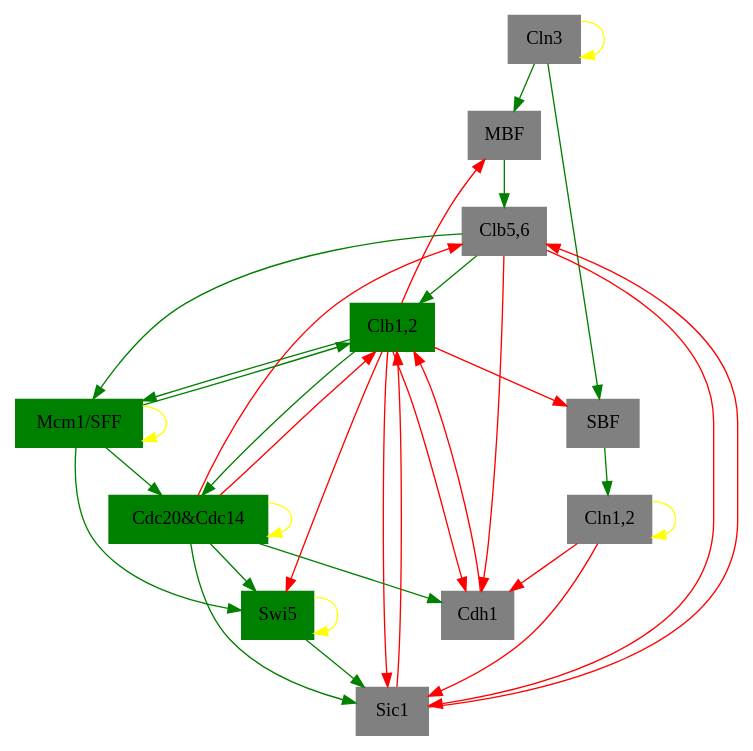
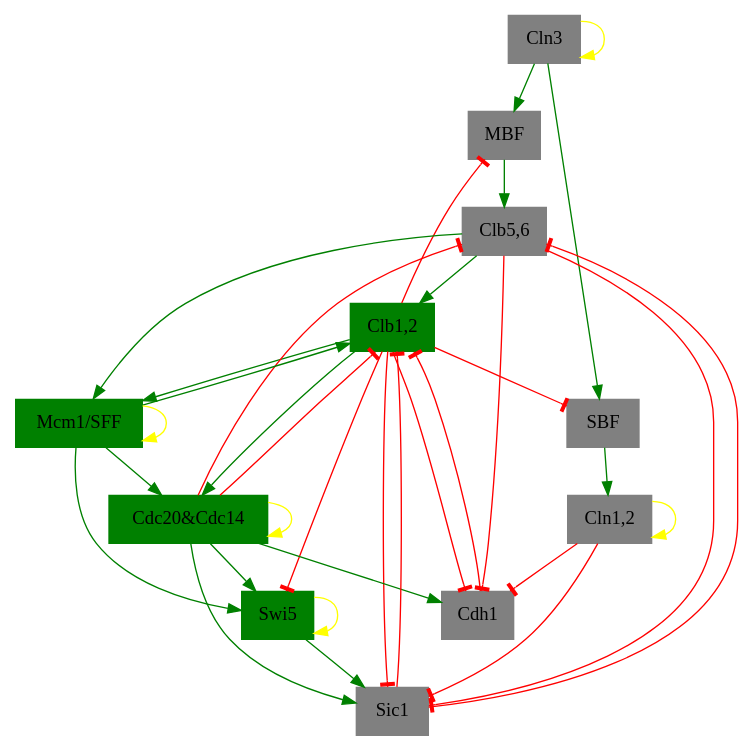
One commit to ellaqezi/cellCycle changed the diagram in temporal/8.gv. Above: the diagram before and after it, drawn with Graphviz. The commit also changed 31 other files, not shown here.

```diff
--- a/temporal/8.gv
+++ b/temporal/8.gv
@@ -1,70 +1,70 @@
-digraph 00000110011  {
+digraph "00000110011"  {
 "Cln3" [shape=box, color=gray, style=filled];
-	edge [color=yellow]; 
+	edge [color=yellow, arrowhead=normal]; 
 	"Cln3" -> "Cln3";
 "MBF" [shape=box, color=gray, style=filled];
-	edge [color=green]; 
+	edge [color=green, arrowhead=normal]; 
 	"Cln3" -> "MBF";
-	edge [color=red]; 
+	edge [color=red, arrowhead=tee]; 
 	"Clb1,2" -> "MBF";
 "SBF" [shape=box, color=gray, style=filled];
-	edge [color=green]; 
+	edge [color=green, arrowhead=normal]; 
 	"Cln3" -> "SBF";
-	edge [color=red]; 
+	edge [color=red, arrowhead=tee]; 
 	"Clb1,2" -> "SBF";
 "Cln1,2" [shape=box, color=gray, style=filled];
-	edge [color=yellow]; 
+	edge [color=yellow, arrowhead=normal]; 
 	"Cln1,2" -> "Cln1,2";
-	edge [color=green]; 
+	edge [color=green, arrowhead=normal]; 
 	"SBF" -> "Cln1,2";
 "Cdh1" [shape=box, color=gray, style=filled];
-	edge [color=green]; 
+	edge [color=green, arrowhead=normal]; 
 	"Cdc20&Cdc14" -> "Cdh1";
-	edge [color=red]; 
+	edge [color=red, arrowhead=tee]; 
 	"Clb1,2" -> "Cdh1";
 	"Clb5,6" -> "Cdh1";
 	"Cln1,2" -> "Cdh1";
 "Swi5" [shape=box, color=green, style=filled];
-	edge [color=yellow]; 
+	edge [color=yellow, arrowhead=normal]; 
 	"Swi5" -> "Swi5";
-	edge [color=green]; 
+	edge [color=green, arrowhead=normal]; 
 	"Cdc20&Cdc14" -> "Swi5";
 	"Mcm1/SFF" -> "Swi5";
-	edge [color=red]; 
+	edge [color=red, arrowhead=tee]; 
 	"Clb1,2" -> "Swi5";
 "Cdc20&Cdc14" [shape=box, color=green, style=filled];
-	edge [color=yellow]; 
+	edge [color=yellow, arrowhead=normal]; 
 	"Cdc20&Cdc14" -> "Cdc20&Cdc14";
-	edge [color=green]; 
+	edge [color=green, arrowhead=normal]; 
 	"Clb1,2" -> "Cdc20&Cdc14";
 	"Mcm1/SFF" -> "Cdc20&Cdc14";
 "Clb5,6" [shape=box, color=gray, style=filled];
-	edge [color=green]; 
+	edge [color=green, arrowhead=normal]; 
 	"MBF" -> "Clb5,6";
-	edge [color=red]; 
+	edge [color=red, arrowhead=tee]; 
 	"Cdc20&Cdc14" -> "Clb5,6";
 	"Sic1" -> "Clb5,6";
 "Sic1" [shape=box, color=gray, style=filled];
-	edge [color=green]; 
+	edge [color=green, arrowhead=normal]; 
 	"Cdc20&Cdc14" -> "Sic1";
 	"Swi5" -> "Sic1";
-	edge [color=red]; 
+	edge [color=red, arrowhead=tee]; 
 	"Clb1,2" -> "Sic1";
 	"Clb5,6" -> "Sic1";
 	"Cln1,2" -> "Sic1";
 "Clb1,2" [shape=box, color=green, style=filled];
-	edge [color=green]; 
+	edge [color=green, arrowhead=normal]; 
 	"Clb5,6" -> "Clb1,2";
 	"Mcm1/SFF" -> "Clb1,2";
-	edge [color=red]; 
+	edge [color=red, arrowhead=tee]; 
 	"Cdc20&Cdc14" -> "Clb1,2";
 	"Cdh1" -> "Clb1,2";
 	"Sic1" -> "Clb1,2";
 "Mcm1/SFF" [shape=box, color=green, style=filled];
-	edge [color=yellow]; 
+	edge [color=yellow, arrowhead=normal]; 
 	"Mcm1/SFF" -> "Mcm1/SFF";
-	edge [color=green]; 
+	edge [color=green, arrowhead=normal]; 
 	"Clb1,2" -> "Mcm1/SFF";
 	"Clb5,6" -> "Mcm1/SFF";
 
 }
```
